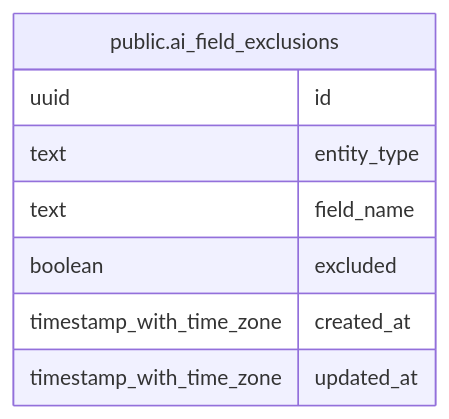
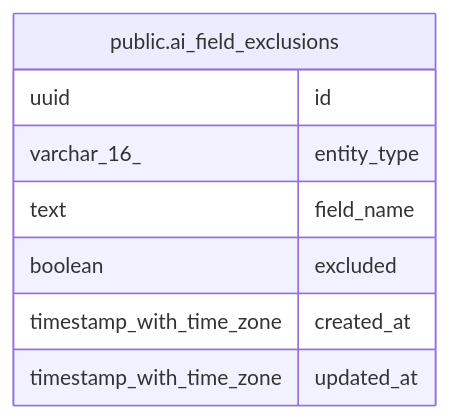
Before and after one commit to rkseattle/minicrm: the diagram in docs/schema/public.ai_field_exclusions.md, drawn with Mermaid. The commit also changed other lines of this file and 22 other files, not shown here.

````diff
--- a/docs/schema/public.ai_field_exclusions.md
+++ b/docs/schema/public.ai_field_exclusions.md
@@ -33,13 +34,13 @@
 ```mermaid
 erDiagram
 
 
 "public.ai_field_exclusions" {
   uuid id ""
-  text entity_type ""
+  varchar_16_ entity_type ""
   text field_name ""
   boolean excluded ""
   timestamp_with_time_zone created_at ""
   timestamp_with_time_zone updated_at ""
 }
 ```
````
